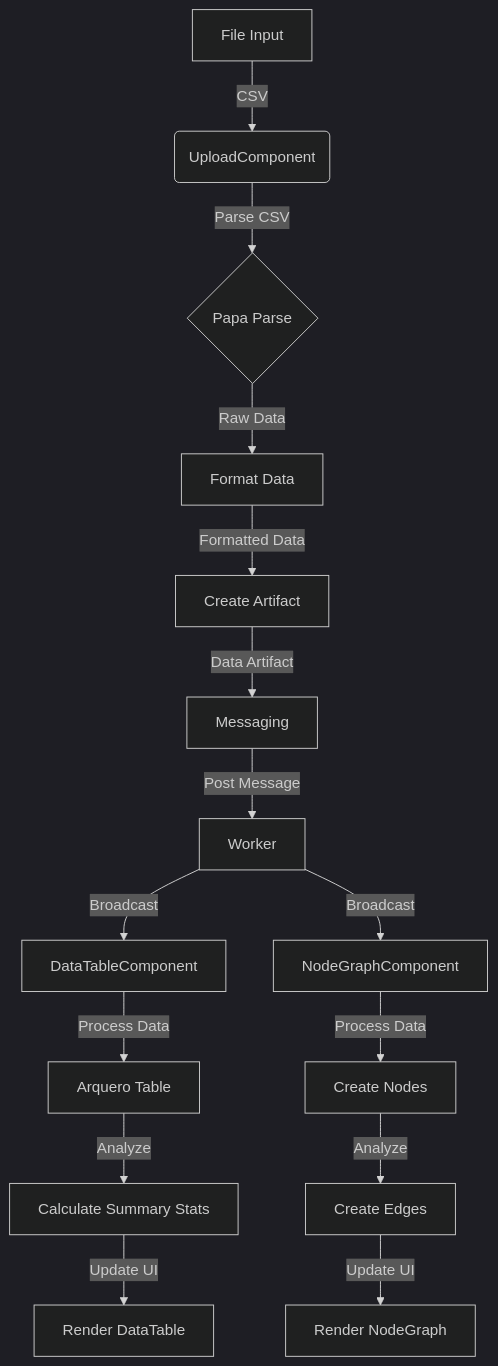
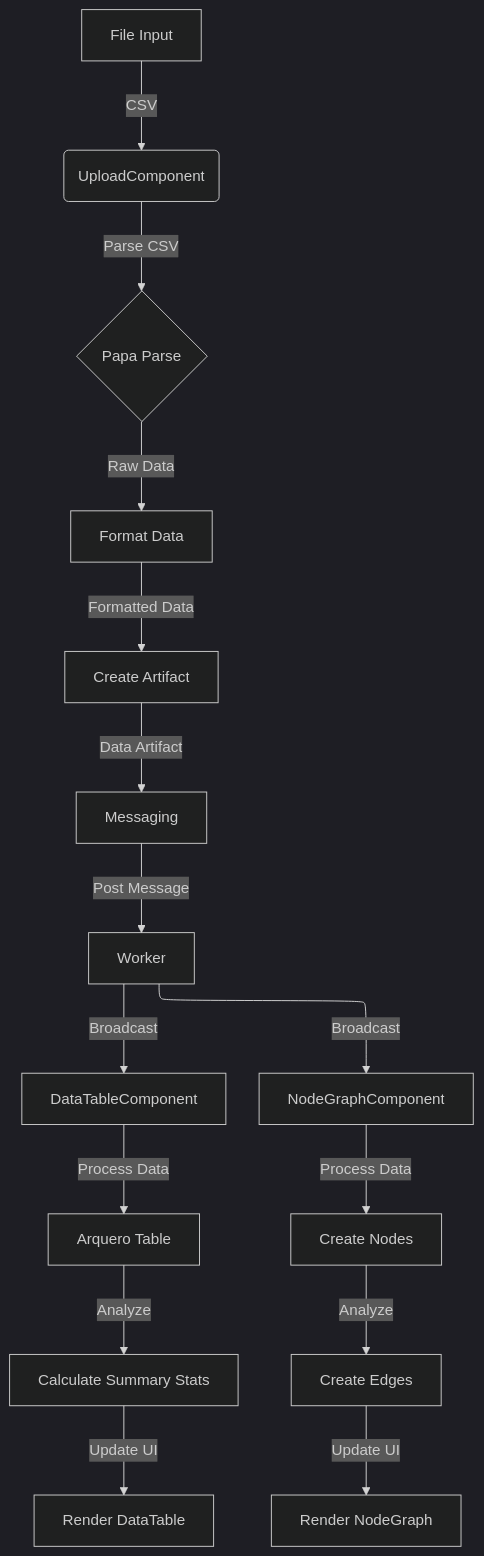
Before and after one commit to pnptcn/advanced-datatable: the third of 4 diagrams in README.md, drawn with Mermaid (dark theme). The commit also changed other lines of this file, not shown here.

````diff
--- a/README.md
+++ b/README.md
@@ -105,17 +107,18 @@
 ```mermaid
+%%{init: {"flowchart": {"defaultRenderer": "elk"}} }%%
 graph TD
     A[File Input] -->|CSV| B(UploadComponent)
     B -->|Parse CSV| C{Papa Parse}
     C -->|Raw Data| D[Format Data]
     D -->|Formatted Data| E[Create Artifact]
     E -->|Data Artifact| F[Messaging]
     F -->|Post Message| G[Worker]
     G -->|Broadcast| H[DataTableComponent]
     G -->|Broadcast| I[NodeGraphComponent]
     H -->|Process Data| J[Arquero Table]
     J -->|Analyze| K[Calculate Summary Stats]
     K -->|Update UI| L[Render DataTable]
     I -->|Process Data| M[Create Nodes]
     M -->|Analyze| N[Create Edges]
     N -->|Update UI| O[Render NodeGraph]
 ```
````
